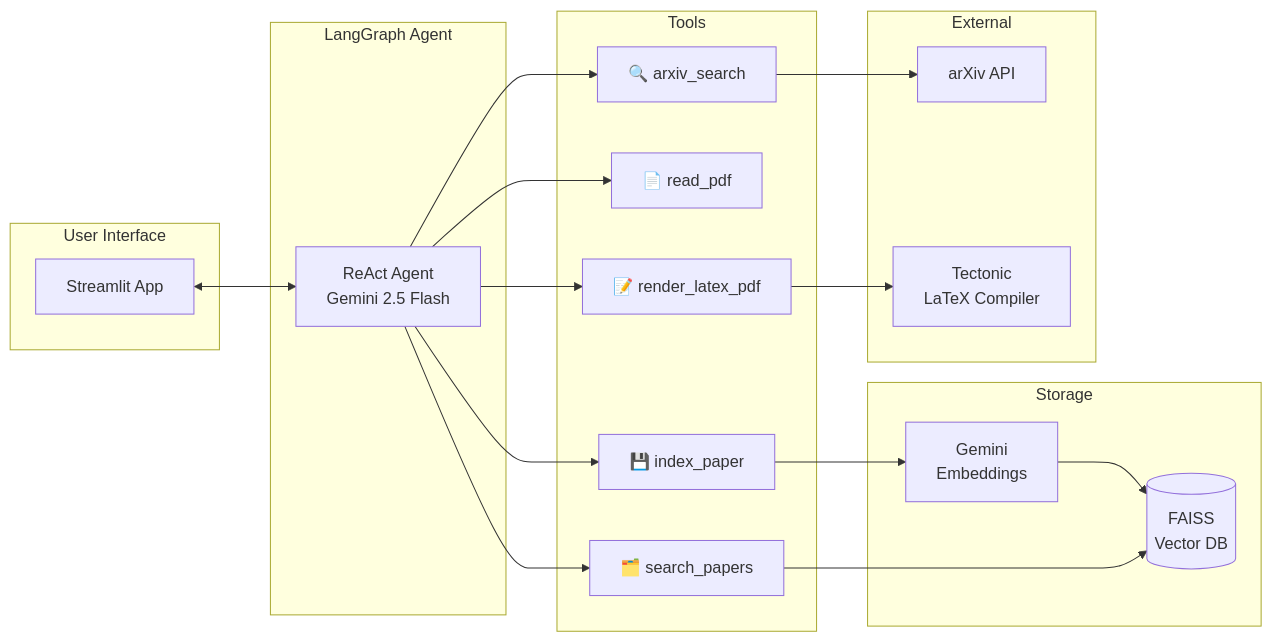
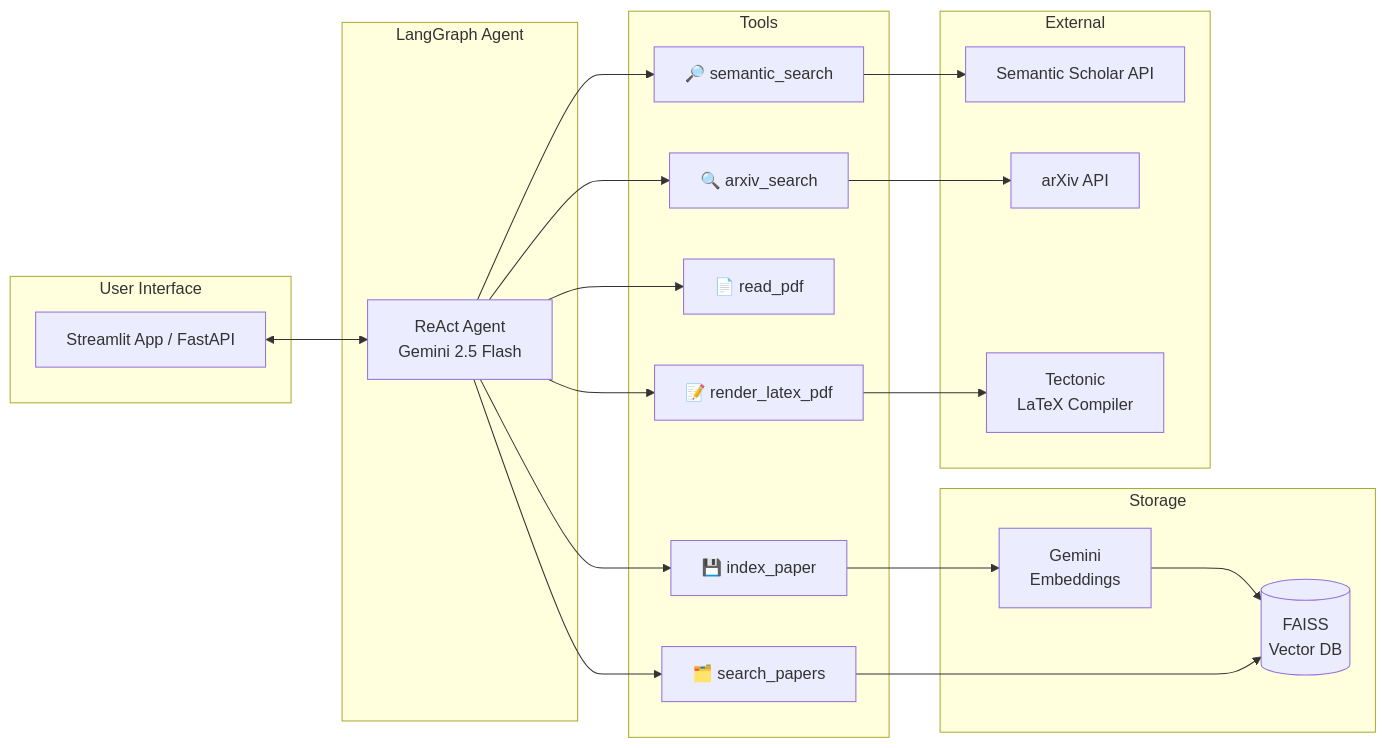
One commit to ameeta18/AI-Research-Assistant changed the first of 2 diagrams in README.md. Above: the diagram before and after it, drawn with Mermaid. The commit also changed other lines of this file and 6 other files, not shown here.

````diff
--- a/README.md
+++ b/README.md
@@ -11,35 +11,38 @@
 ```mermaid
 flowchart LR
     subgraph User Interface
-        UI[Streamlit App]
+        UI[Streamlit App / FastAPI]
     end
 
     subgraph LangGraph Agent
         A[ReAct Agent\nGemini 2.5 Flash]
     end
 
     subgraph Tools
-        T1[🔍 arxiv_search]
-        T2[📄 read_pdf]
-        T3[💾 index_paper]
-        T4[🗂️ search_papers]
-        T5[📝 render_latex_pdf]
+        T1[🔎 semantic_search]
+        T2[🔍 arxiv_search]
+        T3[📄 read_pdf]
+        T4[💾 index_paper]
+        T5[🗂️ search_papers]
+        T6[📝 render_latex_pdf]
     end
 
     subgraph Storage
         VDB[(FAISS\nVector DB)]
         EMB[Gemini\nEmbeddings]
     end
 
     subgraph External
+        SS[Semantic Scholar API]
         AX[arXiv API]
         TEX[Tectonic\nLaTeX Compiler]
     end
 
     UI <--> A
-    A --> T1 --> AX
-    A --> T2
-    A --> T3 --> EMB --> VDB
-    A --> T4 --> VDB
-    A --> T5 --> TEX
+    A --> T1 --> SS
+    A --> T2 --> AX
+    A --> T3
+    A --> T4 --> EMB --> VDB
+    A --> T5 --> VDB
+    A --> T6 --> TEX
 ```
````
